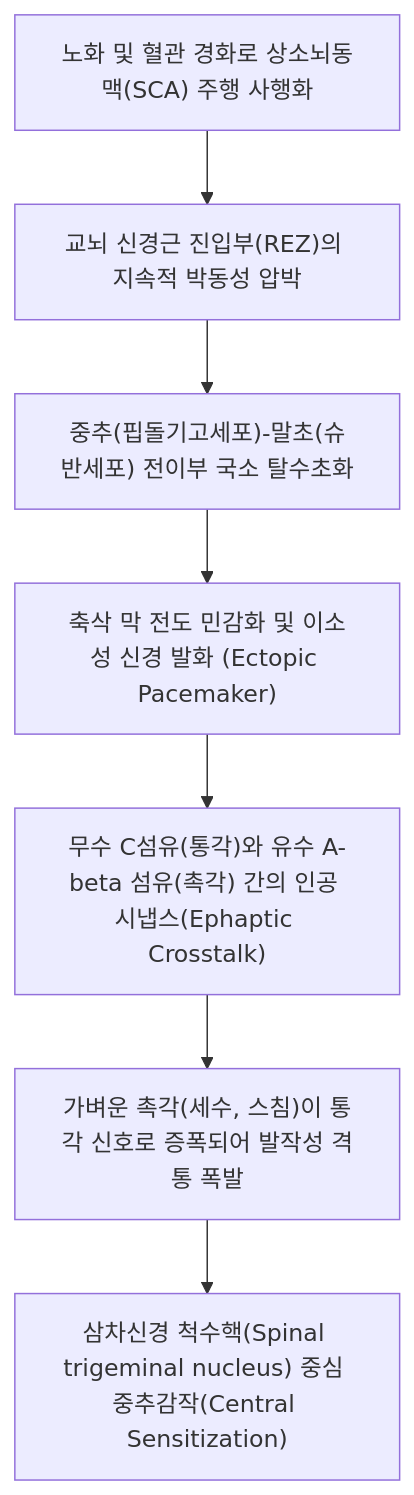
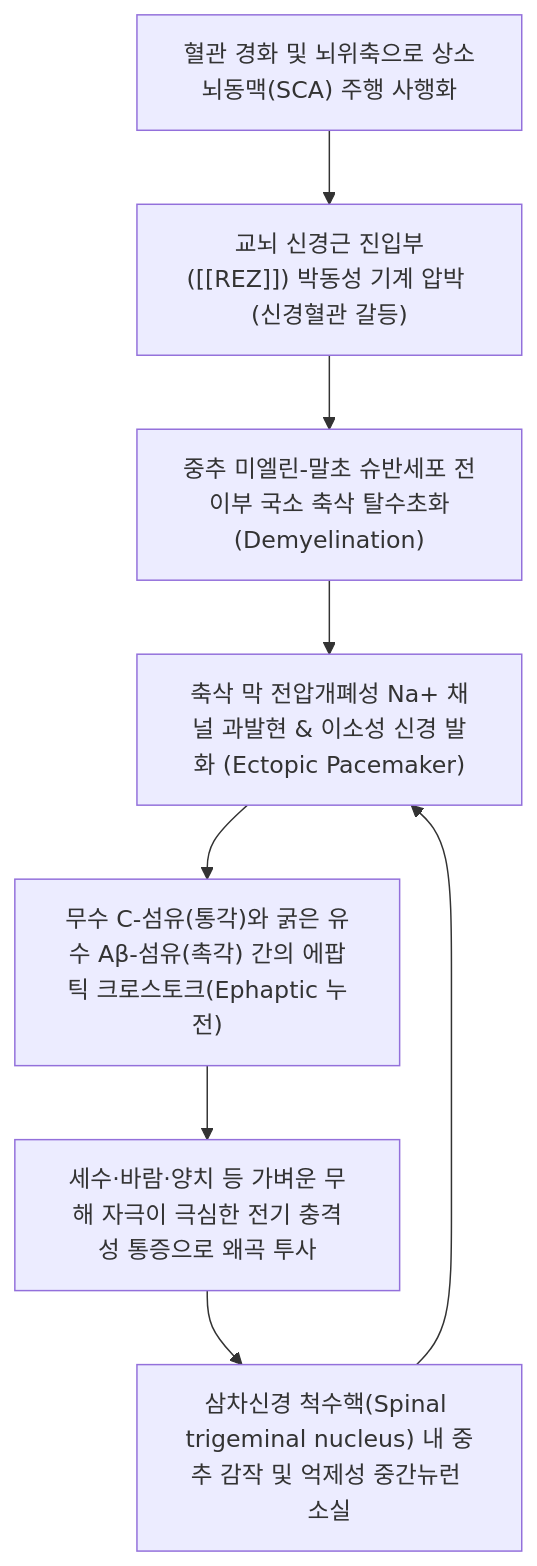
The diagram in content/3. 이론 공부/질환/신경계 질환/삼차신경통.md (simbio11/simbio-digital-garden2), drawn with Mermaid before and after one commit. The commit also changed other lines of this file and 4565 other files, not shown here.

````diff
--- a/content/3. 이론 공부/질환/신경계 질환/삼차신경통.md
+++ b/content/3. 이론 공부/질환/신경계 질환/삼차신경통.md
@@ -52,9 +66,10 @@
 ```mermaid
 graph TD
-    A["노화 및 혈관 경화로 상소뇌동맥(SCA) 주행 사행화"] --> B["교뇌 신경근 진입부(REZ)의 지속적 박동성 압박"]
-    B --> C["중추(핍돌기고세포)-말초(슈반세포) 전이부 국소 탈수초화"]
-    C --> D["축삭 막 전도 민감화 및 이소성 신경 발화 (Ectopic Pacemaker)"]
-    D --> E["무수 C섬유(통각)와 유수 A-beta 섬유(촉각) 간의 인공 시냅스(Ephaptic Crosstalk)"]
-    E --> F["가벼운 촉각(세수, 스침)이 통각 신호로 증폭되어 발작성 격통 폭발"]
-    F --> G["삼차신경 척수핵(Spinal trigeminal nucleus) 중심 중추감작(Central Sensitization)"]
+    A["혈관 경화 및 뇌위축으로 상소뇌동맥(SCA) 주행 사행화"] --> B["교뇌 신경근 진입부([[REZ]]) 박동성 기계 압박 (신경혈관 갈등)"]
+    B --> C["중추 미엘린-말초 슈반세포 전이부 국소 축삭 탈수초화(Demyelination)"]
+    C --> D["축삭 막 전압개폐성 Na+ 채널 과발현 & 이소성 신경 발화 (Ectopic Pacemaker)"]
+    D --> E["무수 C-섬유(통각)와 굵은 유수 Aβ-섬유(촉각) 간의 에팝틱 크로스토크(Ephaptic 누전)"]
+    E --> F["세수·바람·양치 등 가벼운 무해 자극이 극심한 전기 충격성 통증으로 왜곡 투사"]
+    F --> G["삼차신경 척수핵(Spinal trigeminal nucleus) 내 중추 감작 및 억제성 중간뉴런 소실"]
+    G --> D
 ```
````
